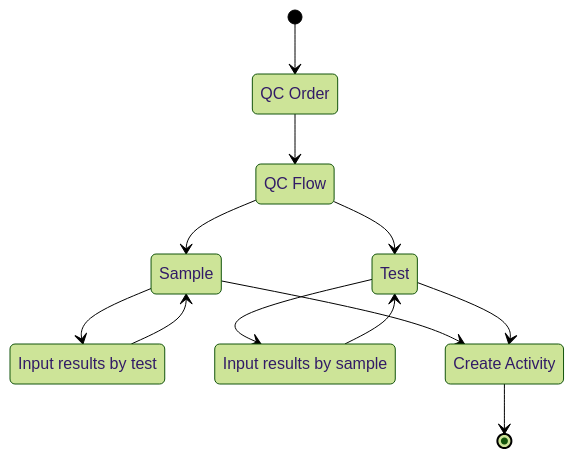
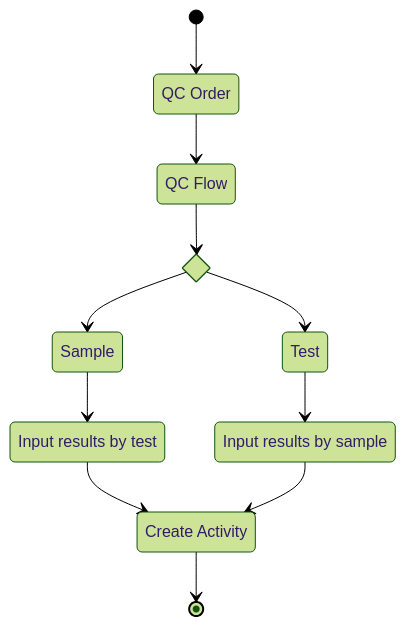
The diagram in docs/core_functions/inspection.md (theonewhowritesthedocs/lwms-docs), drawn with Mermaid (forest theme) before and after one commit.

Commit message:
Update flow diagram for Inspection

````diff
--- a/docs/core_functions/inspection.md
+++ b/docs/core_functions/inspection.md
@@ -15,22 +15,23 @@
 ```mermaid
 stateDiagram-v2
     state "QC Order" as qc_order
     state "QC Flow" as qc_flow
     state "Sample" as sample
     state "Test" as test
     state "Input results by test" as test_results
     state "Input results by sample" as sample_results
     state "Create Activity" as create_activity
 
+    state select_qc_flow <<choice>>
+
     [*] --> qc_order
     qc_order --> qc_flow
-    qc_flow --> sample
-    qc_flow --> test
+    qc_flow --> select_qc_flow
+    select_qc_flow --> sample
+    select_qc_flow --> test
     sample --> test_results
-    test_results --> sample
     test --> sample_results
-    sample_results --> test
-    sample --> create_activity
-    test --> create_activity
+    test_results --> create_activity
+    sample_results --> create_activity
     create_activity --> [*]
 ```
````
